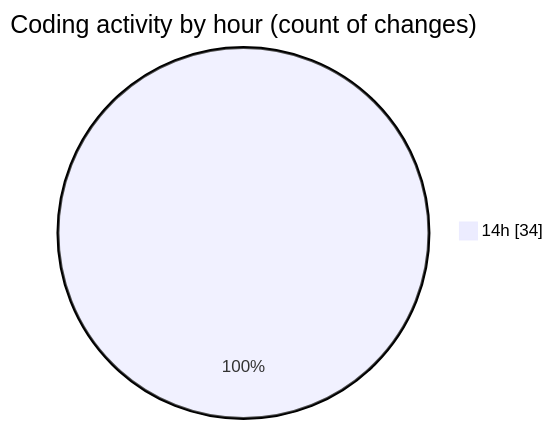
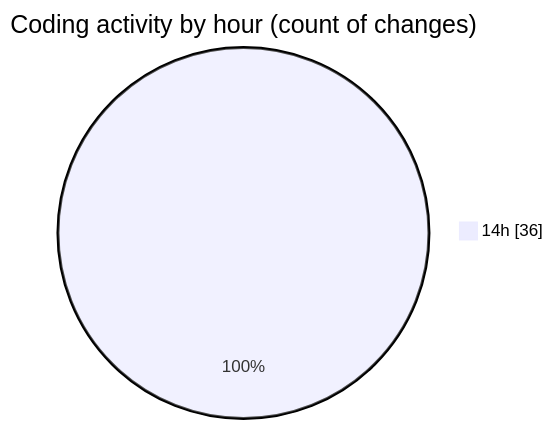
One commit to CELIANVF/code-tracking changed the second of 2 diagrams in 2025-04-03/projet_de_base/README.md. Above: the diagram before and after it, drawn with Mermaid. The commit also changed other lines of this file and 1 other file, not shown here.

````diff
--- a/2025-04-03/projet_de_base/README.md
+++ b/2025-04-03/projet_de_base/README.md
@@ -33,5 +33,5 @@
 ```mermaid
 pie showData
 title Coding activity by hour (count of changes)
-"14h" : 34
+"14h" : 36
 ```
````
